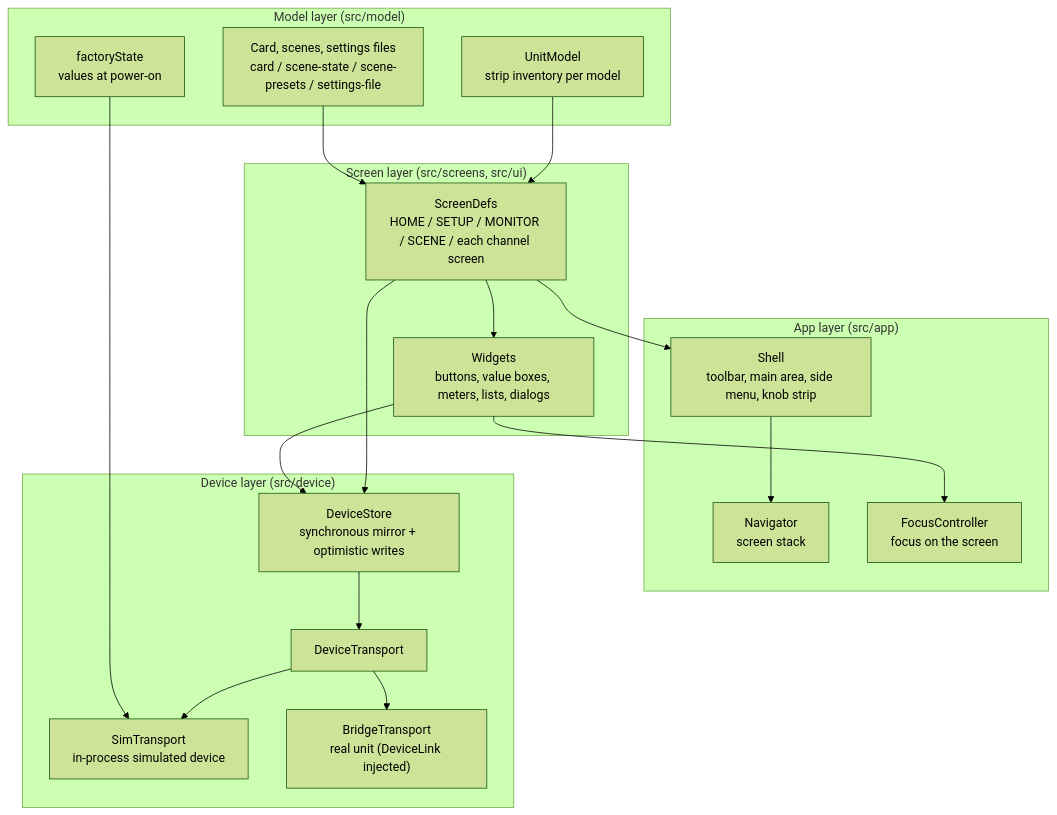
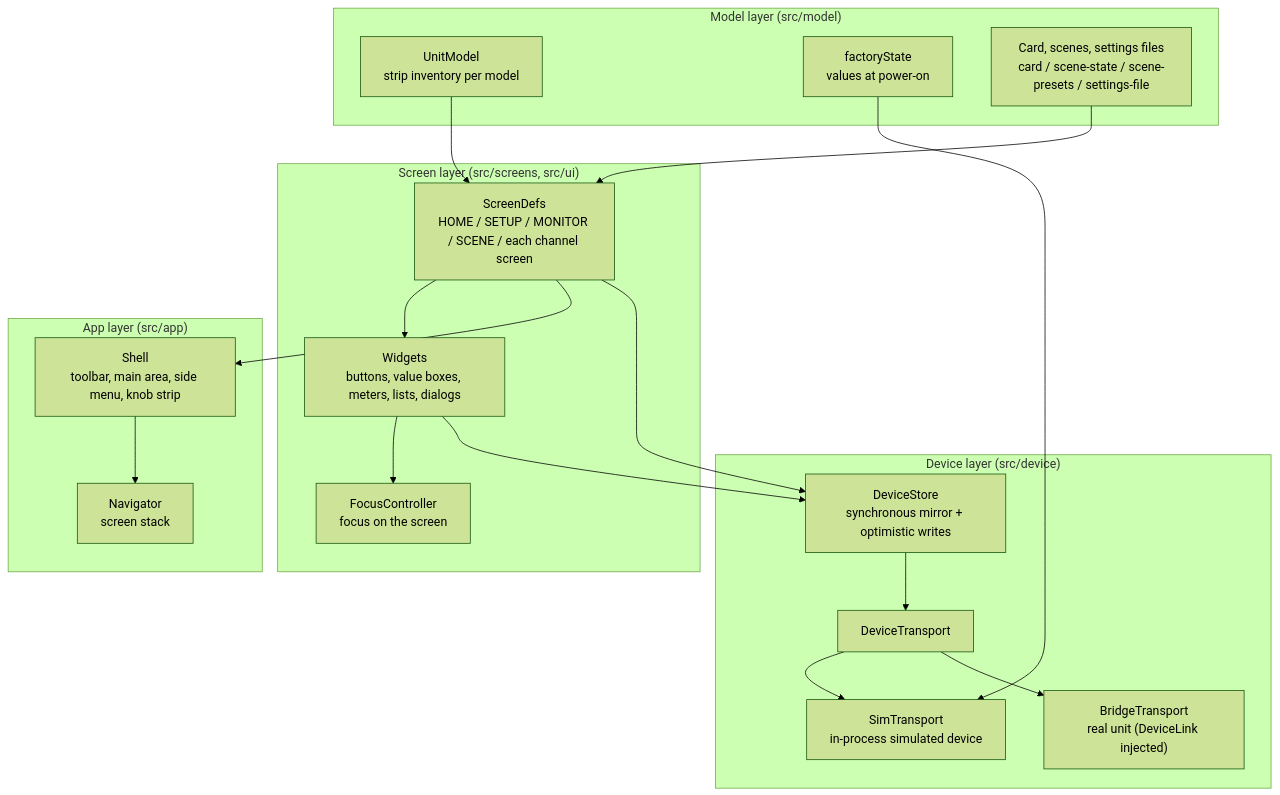
One commit to semnil/urx-lcd-sim changed the first of 2 diagrams in docs/en/architecture.md. Above: the diagram before and after it, drawn with Mermaid (forest theme). The commit also changed other lines of this file and 1 other file, not shown here.

First line of the commit message:
Place FocusController in the screen layer and say which layers import upward

````diff
--- a/docs/en/architecture.md
+++ b/docs/en/architecture.md
@@ -10,36 +10,36 @@
 ```mermaid
 flowchart TB
   subgraph ui["Screen layer (src/screens, src/ui)"]
     S["ScreenDefs<br/>HOME / SETUP / MONITOR / SCENE / each channel screen"]
     W["Widgets<br/>buttons, value boxes, meters, lists, dialogs"]
+    FC["FocusController<br/>focus on the screen"]
   end
   subgraph app["App layer (src/app)"]
     SH["Shell<br/>toolbar, main area, side menu, knob strip"]
     NV["Navigator<br/>screen stack"]
-    FC["FocusController<br/>focus on the screen"]
   end
   subgraph model["Model layer (src/model)"]
     UM["UnitModel<br/>strip inventory per model"]
     DF["factoryState<br/>values at power-on"]
     CD["Card, scenes, settings files<br/>card / scene-state / scene-presets / settings-file"]
   end
   subgraph dev["Device layer (src/device)"]
     ST["DeviceStore<br/>synchronous mirror + optimistic writes"]
     TR["DeviceTransport"]
     SIM["SimTransport<br/>in-process simulated device"]
     BR["BridgeTransport<br/>real unit (DeviceLink injected)"]
   end
 
   S --> W
   S --> SH
   SH --> NV
   W --> FC
   S --> ST
   W --> ST
   ST --> TR
   TR --> SIM
   TR --> BR
   UM --> S
   DF --> SIM
   CD --> S
 ```
````
